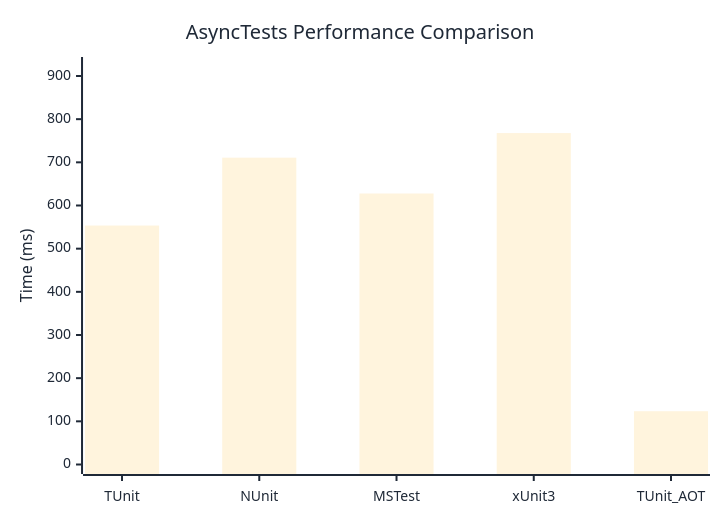
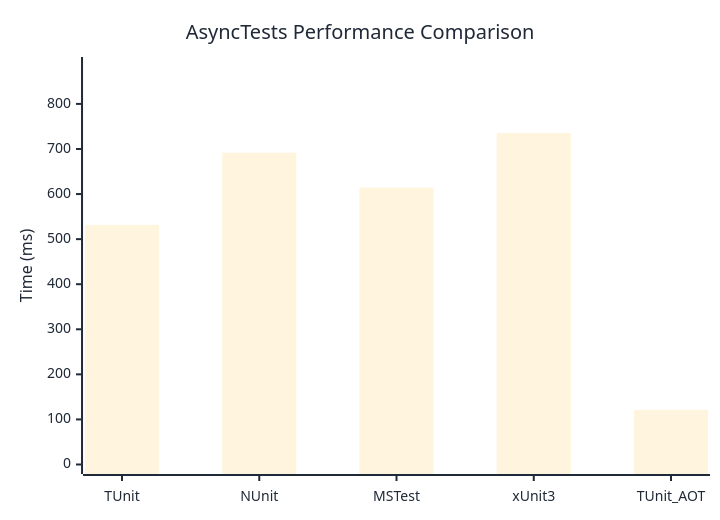
One commit to thomhurst/TUnit changed the diagram in docs/docs/benchmarks/AsyncTests.md. Above: the diagram before and after it, drawn with Mermaid. The commit also changed other lines of this file and 17 other files, not shown here.

````diff
--- a/docs/docs/benchmarks/AsyncTests.md
+++ b/docs/docs/benchmarks/AsyncTests.md
@@ -27,37 +27,37 @@
 ```mermaid
 %%{init: {
   'theme':'base',
   'themeVariables': {
     'primaryColor': '#2563eb',
     'primaryTextColor': '#1f2937',
     'primaryBorderColor': '#1e40af',
     'lineColor': '#6b7280',
     'secondaryColor': '#7c3aed',
     'tertiaryColor': '#dc2626',
     'background': '#ffffff',
     'mainBkg': '#2563eb',
     'secondBkg': '#7c3aed',
     'tertiaryBkg': '#dc2626',
     'clusterBkg': '#f3f4f6',
     'edgeLabelBackground': '#ffffff',
     'tertiaryTextColor': '#1f2937',
     'pie1': '#2563eb',
     'pie2': '#7c3aed',
     'pie3': '#dc2626',
     'pie4': '#f59e0b',
     'pie5': '#10b981',
     'pie6': '#06b6d4',
     'pie7': '#ec4899',
     'pie8': '#6366f1',
     'pie9': '#84cc16',
     'pie10': '#f97316',
     'pie11': '#14b8a6',
     'pie12': '#a855f7'
   }
 }}%%
 xychart-beta
   title "AsyncTests Performance Comparison"
   x-axis ["TUnit", "NUnit", "MSTest", "xUnit3", "TUnit_AOT"]
-  y-axis "Time (ms)" 0 --> 922
-  bar [553.6, 710.8, 627.8, 767.8, 123.4]
+  y-axis "Time (ms)" 0 --> 883
+  bar [531.7, 691.9, 614.5, 735.5, 121.3]
 ```
````
